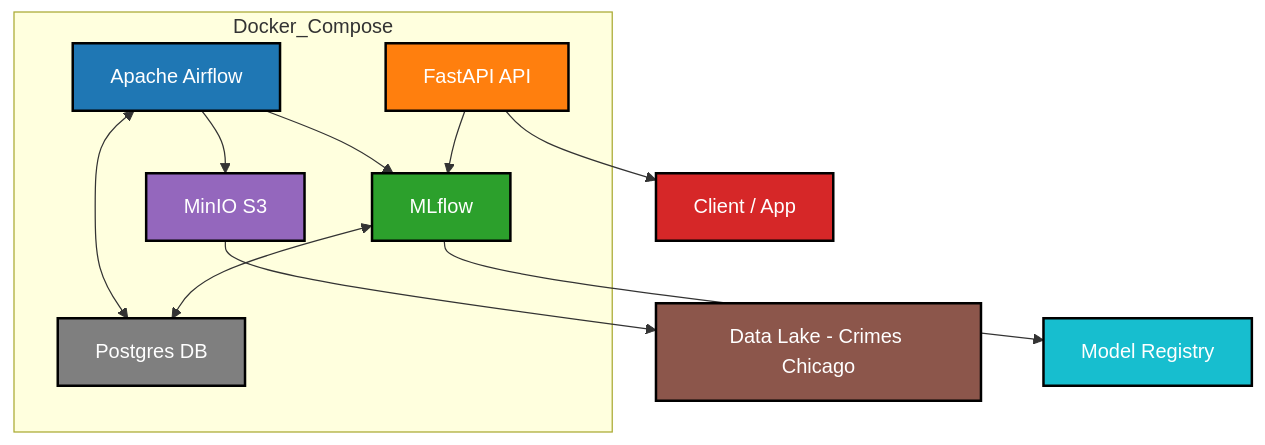
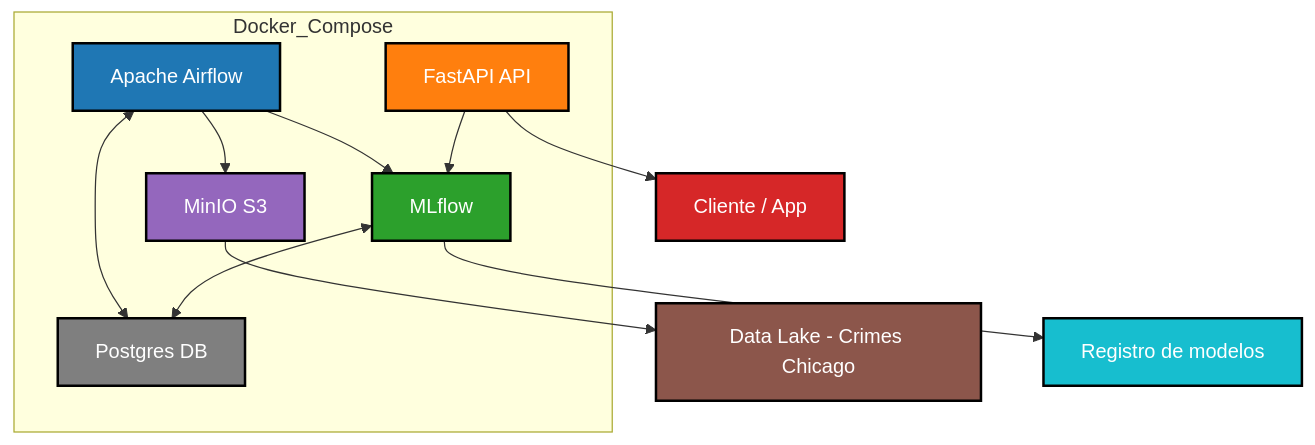
The first of 4 diagrams in README.md (DanteMendoza/AP_2025_B3_TP2_Mendoza_Dante), drawn with Mermaid before and after one commit.

Commit message:
Update README.md
v12

````diff
--- a/README.md
+++ b/README.md
@@ -3,29 +3,29 @@
 ```mermaid
 flowchart TB
     subgraph Docker_Compose
         A[Apache Airflow]
         B["MinIO S3"]
         C[MLflow]
         D[FastAPI API]
         H[Postgres DB]
     end
 
     A --> B
     A --> C
     A <--> H
     C <--> H
     D --> C
     B --> E["Data Lake - Crimes Chicago"]
-    C --> F["Model Registry"]
-    D --> G["Client / App"]
+    C --> F["Registro de modelos"]
+    D --> G["Cliente / App"]
 
     %% Estilos
     style A fill:#1f77b4,stroke:#000,stroke-width:2px,color:#fff
     style B fill:#9467bd,stroke:#000,stroke-width:2px,color:#fff
     style C fill:#2ca02c,stroke:#000,stroke-width:2px,color:#fff
     style D fill:#ff7f0e,stroke:#000,stroke-width:2px,color:#fff
     style E fill:#8c564b,stroke:#000,stroke-width:2px,color:#fff
     style F fill:#17becf,stroke:#000,stroke-width:2px,color:#fff
     style G fill:#d62728,stroke:#000,stroke-width:2px,color:#fff
     style H fill:#7f7f7f,stroke:#000,stroke-width:2px,color:#fff
 ```
````
